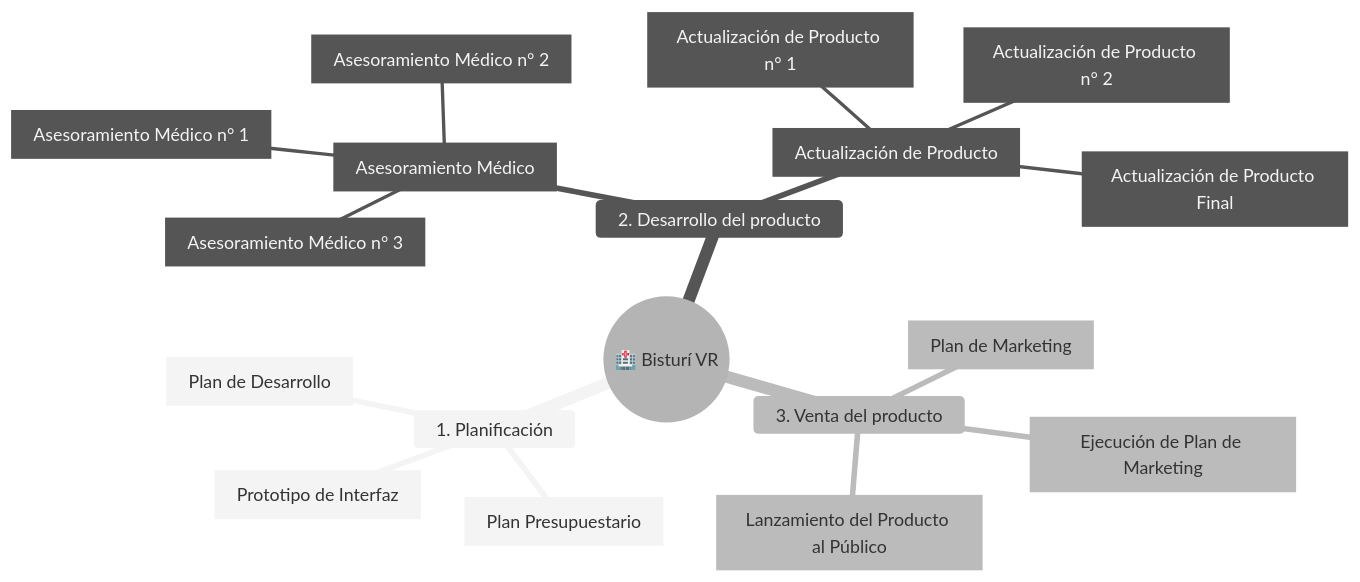
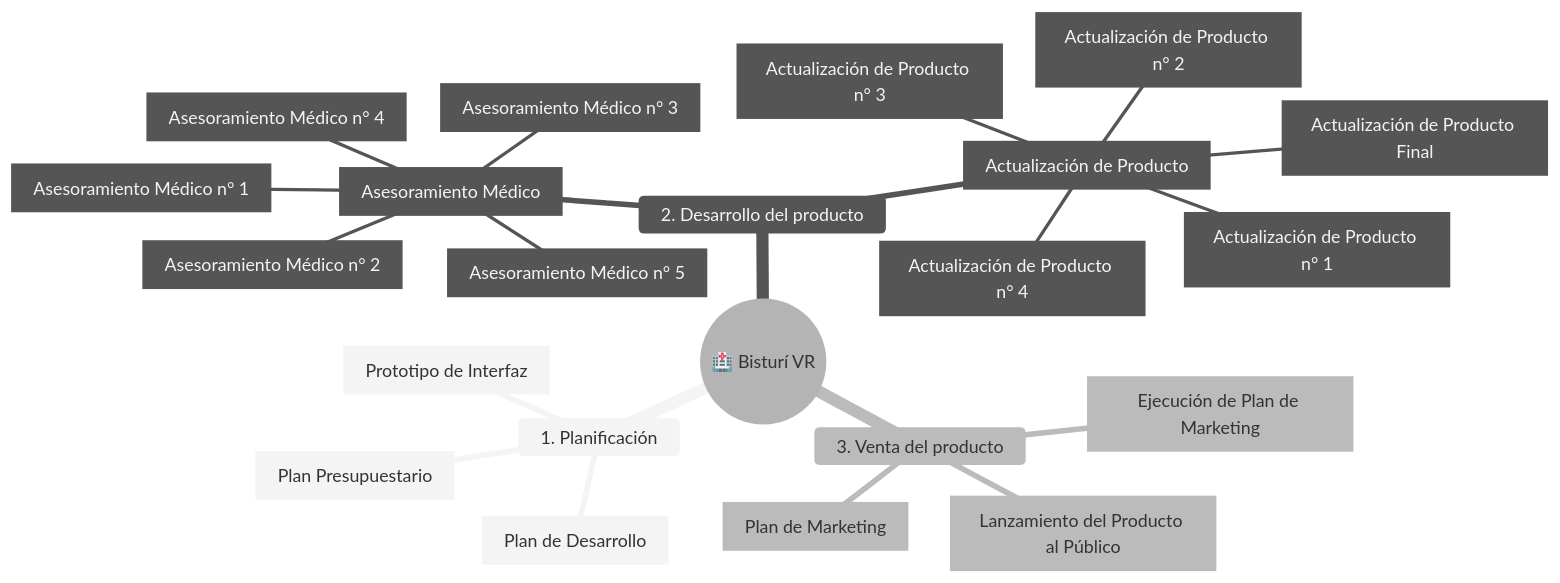
The diagram in docs/01-plan-inicial/entregables.md (TomasGonzalez1204/plan-proyecto-gp-uner), drawn with Mermaid (neutral theme) before and after one commit.

Commit message:
Add new deliverables to entregables.md
Added new deliverables for medical advice and product updates.

````diff
--- a/docs/01-plan-inicial/entregables.md
+++ b/docs/01-plan-inicial/entregables.md
@@ -6,22 +6,26 @@
 ```mermaid
 mindmap
   root(("🏥 Bisturí VR"))
     1. Planificación
       [Plan de Desarrollo]
       [Plan Presupuestario]
       [Prototipo de Interfaz]
     2. Desarrollo del producto
       [Asesoramiento Médico]
         [Asesoramiento Médico n° 1]
         [Asesoramiento Médico n° 2]
         [Asesoramiento Médico n° 3]
+        [Asesoramiento Médico n° 4]
+        [Asesoramiento Médico n° 5]
       [Actualización de Producto]
         [Actualización de Producto n° 1]
         [Actualización de Producto n° 2]
+        [Actualización de Producto n° 3]
+        [Actualización de Producto n° 4]
         [Actualización de Producto Final]
     3. Venta del producto
       [Plan de Marketing]
       [Ejecución de Plan de Marketing]
       [Lanzamiento del Producto al Público]
     
 ```
````
